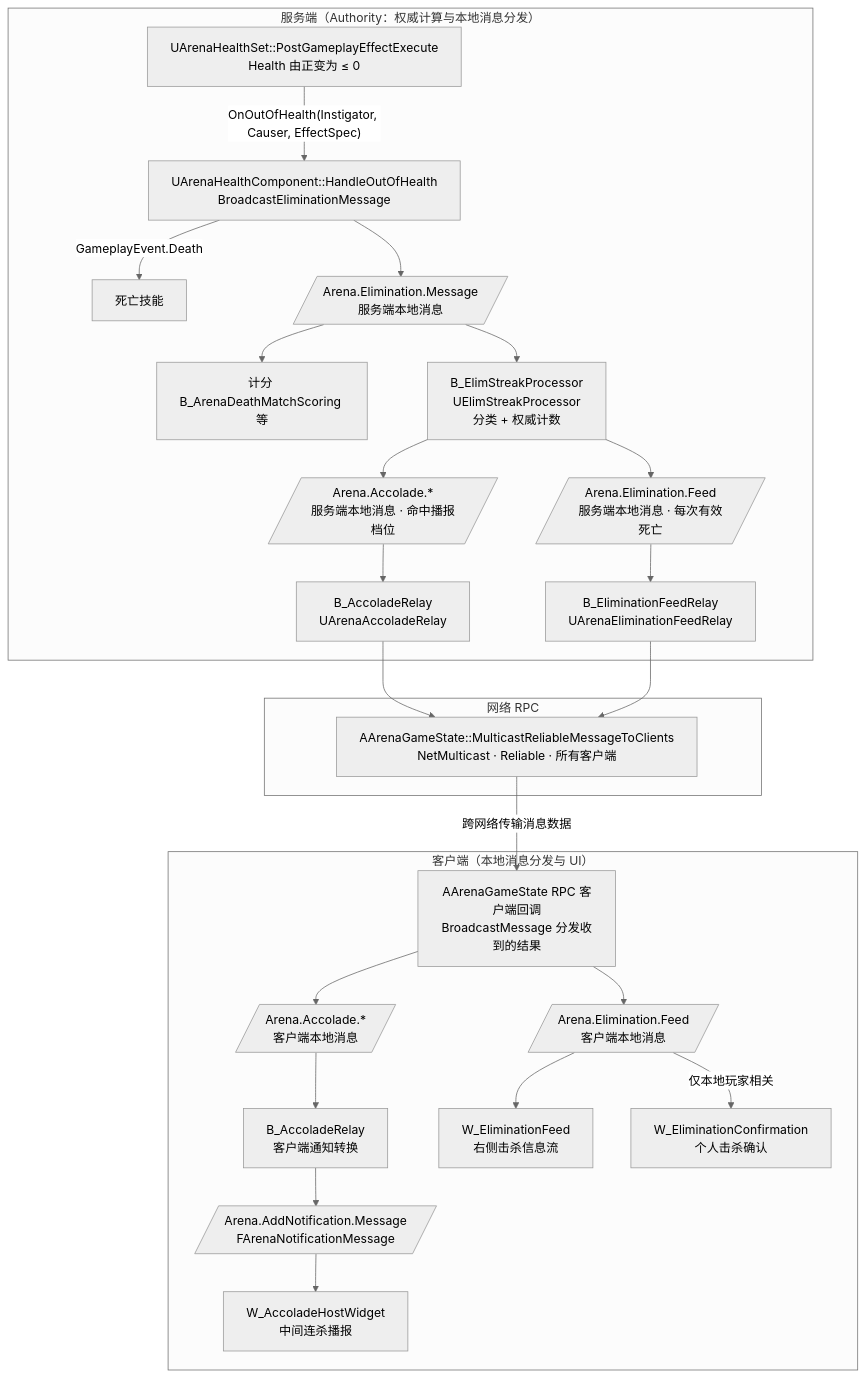
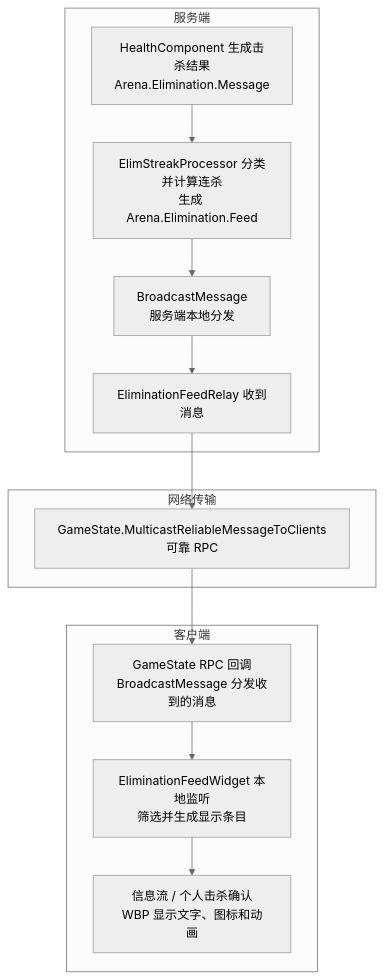
Before and after one commit to FutureWayne/ProjectDLLM: the diagram in Docs/EliminationNotifications.md, drawn with Mermaid (neutral theme). The commit also changed other lines of this file, not shown here.

Commit message:
Focus elimination docs on message delivery from server to UI

````diff
--- a/Docs/EliminationNotifications.md
+++ b/Docs/EliminationNotifications.md
@@ -18,43 +10,23 @@
 ```mermaid
 flowchart TD
-    subgraph Server["服务端（Authority：权威计算与本地消息分发）"]
-        HS["UArenaHealthSet::PostGameplayEffectExecute<br/>Health 由正变为 ≤ 0"]
-        HC["UArenaHealthComponent::HandleOutOfHealth<br/>BroadcastEliminationMessage"]
-        Death["死亡技能"]
-        EM[/"Arena.Elimination.Message<br/>服务端本地消息"/]
-        Other["计分 B_ArenaDeathMatchScoring 等"]
-        SP["B_ElimStreakProcessor<br/>UElimStreakProcessor<br/>分类 + 权威计数"]
-        AM[/"Arena.Accolade.*<br/>服务端本地消息 · 命中播报档位"/]
-        FM[/"Arena.Elimination.Feed<br/>服务端本地消息 · 每次有效死亡"/]
-        AR["B_AccoladeRelay<br/>UArenaAccoladeRelay"]
-        FR["B_EliminationFeedRelay<br/>UArenaEliminationFeedRelay"]
+    subgraph Server["服务端"]
+        Result["HealthComponent 生成击杀结果<br/>Arena.Elimination.Message"]
+        Processor["ElimStreakProcessor 分类并计算连杀<br/>生成 Arena.Elimination.Feed"]
+        Broadcast["BroadcastMessage<br/>服务端本地分发"]
+        Relay["EliminationFeedRelay 收到消息"]
+        Result --> Processor --> Broadcast --> Relay
     end
 
-    subgraph Net["网络 RPC"]
-        MRPC["AArenaGameState::MulticastReliableMessageToClients<br/>NetMulticast · Reliable · 所有客户端"]
+    subgraph Network["网络传输"]
+        RPC["GameState.MulticastReliableMessageToClients<br/>可靠 RPC"]
     end
 
-    subgraph Client["客户端（本地消息分发与 UI）"]
-        Receive["AArenaGameState RPC 客户端回调<br/>BroadcastMessage 分发收到的结果"]
-        AM2[/"Arena.Accolade.*<br/>客户端本地消息"/]
-        AR2["B_AccoladeRelay<br/>客户端通知转换"]
-        NM[/"Arena.AddNotification.Message<br/>FArenaNotificationMessage"/]
-        Host["W_AccoladeHostWidget<br/>中间连杀播报"]
-        FM2[/"Arena.Elimination.Feed<br/>客户端本地消息"/]
-        Feed["W_EliminationFeed<br/>右侧击杀信息流"]
-        Confirm["W_EliminationConfirmation<br/>个人击杀确认"]
+    subgraph Client["客户端"]
+        Receive["GameState RPC 回调<br/>BroadcastMessage 分发收到的消息"]
+        Widget["EliminationFeedWidget 本地监听<br/>筛选并生成显示条目"]
+        UI["信息流 / 个人击杀确认<br/>WBP 显示文字、图标和动画"]
+        Receive --> Widget --> UI
     end
 
-    HS -- "OnOutOfHealth(Instigator, Causer, EffectSpec)" --> HC
-    HC -- "GameplayEvent.Death" --> Death
-    HC --> EM
-    EM --> Other
-    EM --> SP
-    SP --> AM --> AR --> MRPC
-    SP --> FM --> FR --> MRPC
-    MRPC -- "跨网络传输消息数据" --> Receive
-    Receive --> AM2 --> AR2 --> NM --> Host
-    Receive --> FM2
-    FM2 --> Feed
-    FM2 -- "仅本地玩家相关" --> Confirm
+    Relay --> RPC --> Receive
 ```
````
